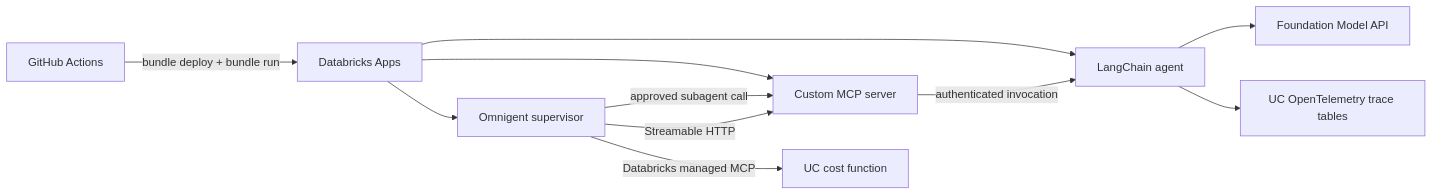
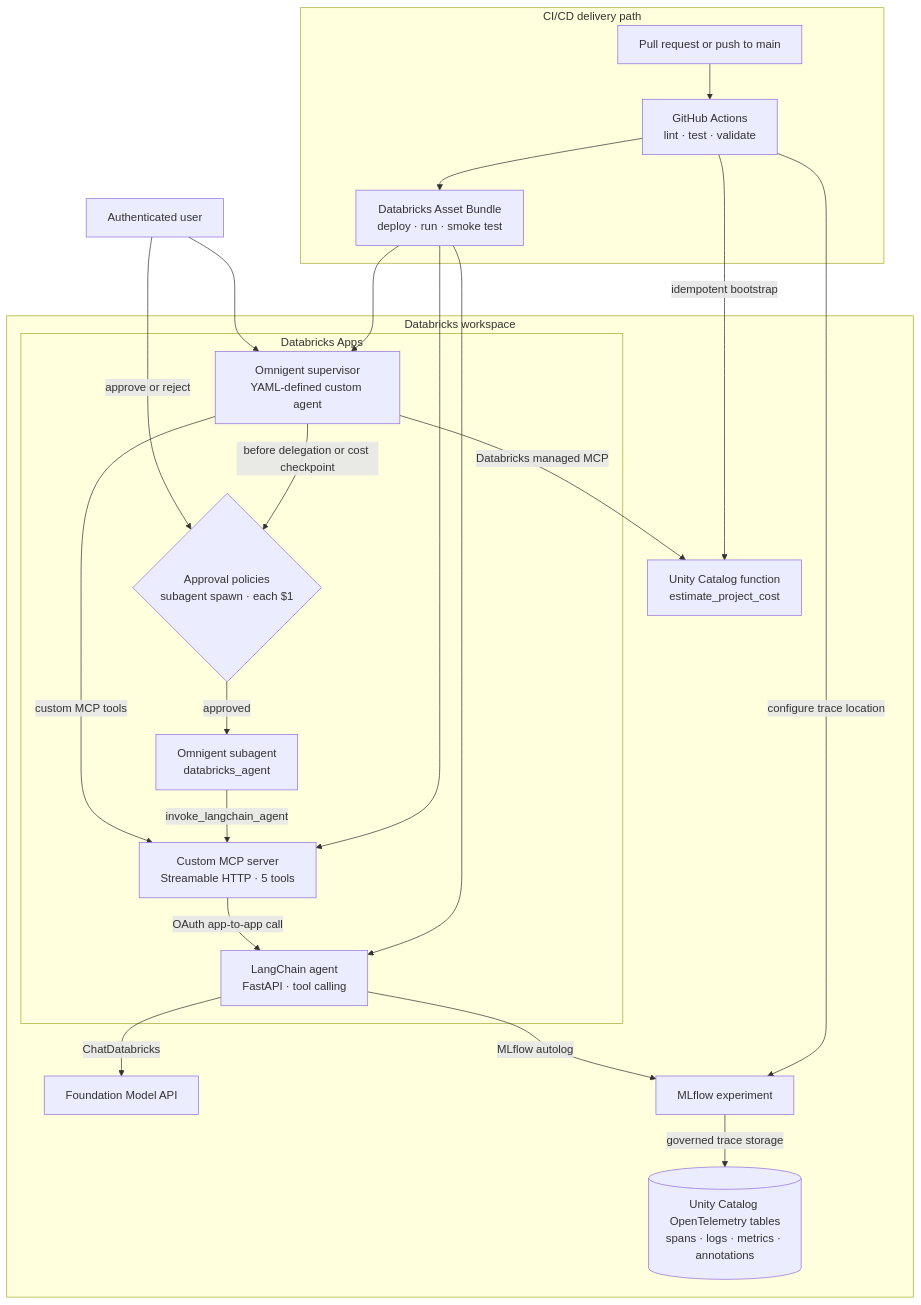
Before and after one commit to zacdav-db/databricks-agent-cicd-sandpit: the diagram in README.md, drawn with Mermaid.

Commit message:
Document deployment architecture

````diff
--- a/README.md
+++ b/README.md
@@ -16,13 +16,44 @@
 ```mermaid
-flowchart LR
-    G["GitHub Actions"] -->|"bundle deploy + bundle run"| D["Databricks Apps"]
-    D --> L["LangChain agent"]
-    D --> M["Custom MCP server"]
-    D --> O["Omnigent supervisor"]
-    O -->|"approved subagent call"| M
-    M -->|"authenticated invocation"| L
-    O -->|"Streamable HTTP"| M
-    O -->|"Databricks managed MCP"| U["UC cost function"]
-    L --> F["Foundation Model API"]
-    L --> T["UC OpenTelemetry trace tables"]
+flowchart TB
+    User["Authenticated user"]
+
+    subgraph Delivery["CI/CD delivery path"]
+        Git["Pull request or push to main"]
+        CI["GitHub Actions<br/>lint · test · validate"]
+        Bundle["Databricks Asset Bundle<br/>deploy · run · smoke test"]
+        Git --> CI --> Bundle
+    end
+
+    subgraph Workspace["Databricks workspace"]
+        subgraph Apps["Databricks Apps"]
+            Omni["Omnigent supervisor<br/>YAML-defined custom agent"]
+            Policy{"Approval policies<br/>subagent spawn · each $1"}
+            Subagent["Omnigent subagent<br/>databricks_agent"]
+            MCP["Custom MCP server<br/>Streamable HTTP · 5 tools"]
+            LangChain["LangChain agent<br/>FastAPI · tool calling"]
+        end
+
+        UC["Unity Catalog function<br/>estimate_project_cost"]
+        Model["Foundation Model API"]
+        Experiment["MLflow experiment"]
+        Traces[("Unity Catalog OpenTelemetry tables<br/>spans · logs · metrics · annotations")]
+    end
+
+    Bundle --> Omni
+    Bundle --> MCP
+    Bundle --> LangChain
+    CI -->|"idempotent bootstrap"| UC
+    CI -->|"configure trace location"| Experiment
+
+    User --> Omni
+    Omni -->|"before delegation or cost checkpoint"| Policy
+    User -->|"approve or reject"| Policy
+    Policy -->|"approved"| Subagent
+    Subagent -->|"invoke_langchain_agent"| MCP
+    Omni -->|"custom MCP tools"| MCP
+    Omni -->|"Databricks managed MCP"| UC
+    MCP -->|"OAuth app-to-app call"| LangChain
+    LangChain -->|"ChatDatabricks"| Model
+    LangChain -->|"MLflow autolog"| Experiment
+    Experiment -->|"governed trace storage"| Traces
 ```
````
